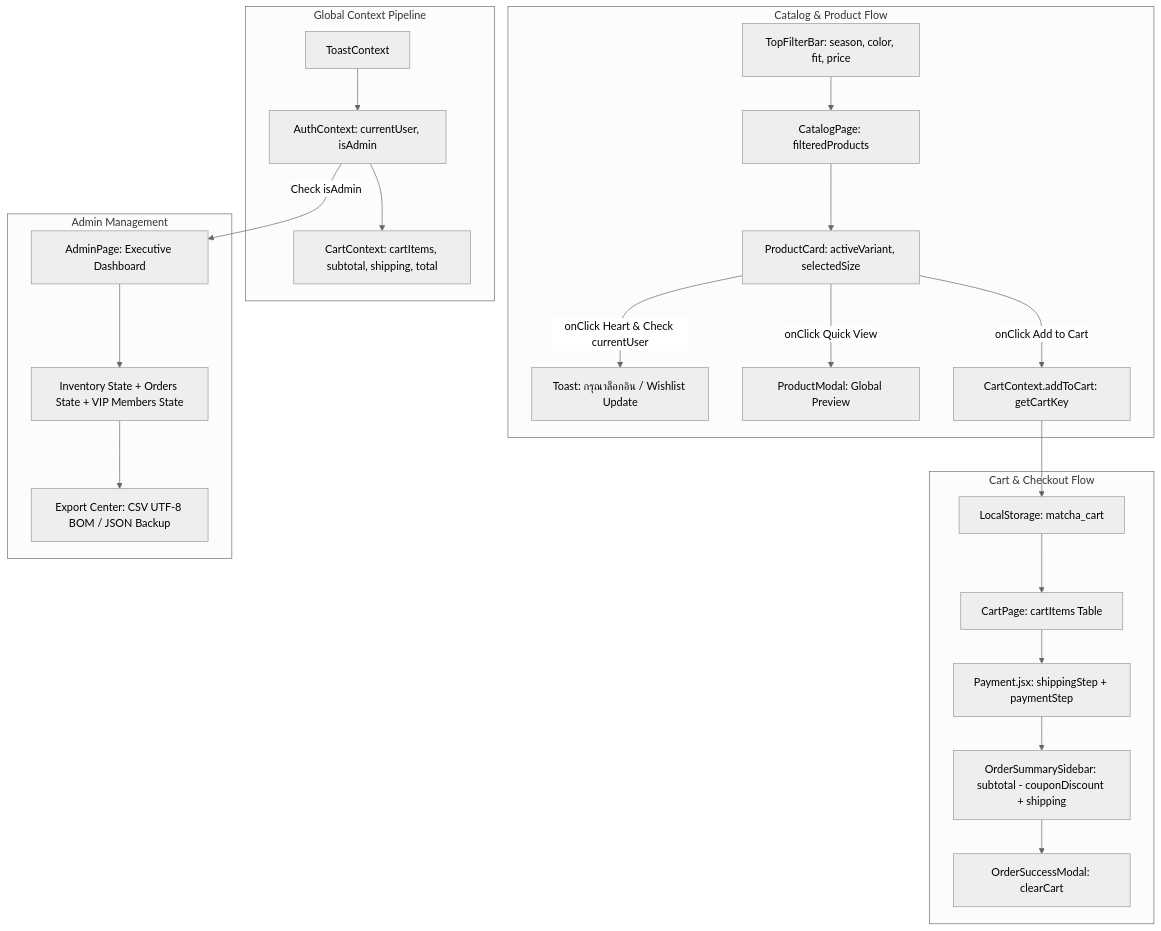
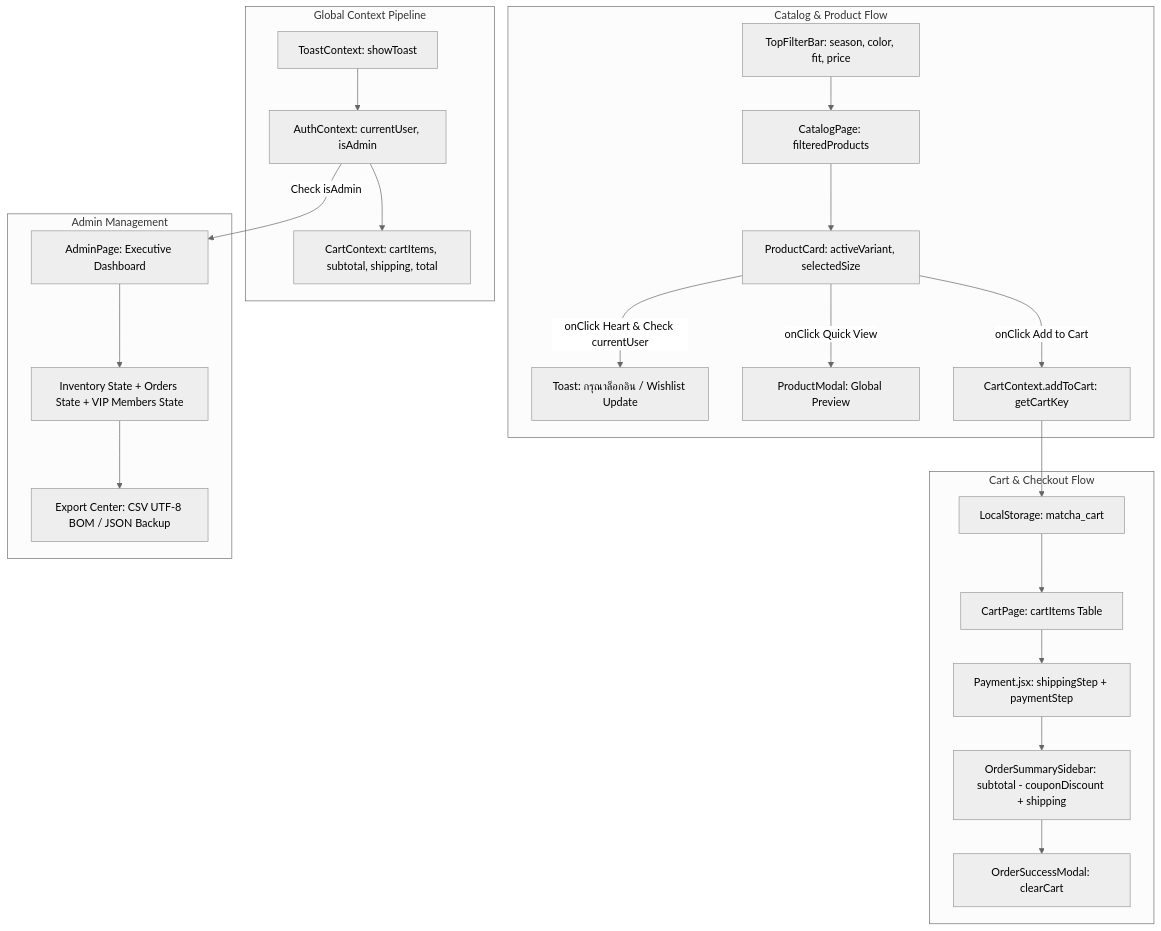
Before and after one commit to Jakkapon-Dev/MATCHA: the diagram in Alldata.md, drawn with Mermaid (neutral theme). The commit also changed other lines of this file, not shown here.

````diff
--- a/Alldata.md
+++ b/Alldata.md
@@ -27,29 +27,29 @@
 ```mermaid
 graph TD
     subgraph Global Context Pipeline
-        A[ToastContext] --> B[AuthContext: currentUser, isAdmin]
+        A[ToastContext: showToast] --> B[AuthContext: currentUser, isAdmin]
         B --> C[CartContext: cartItems, subtotal, shipping, total]
     end
 
     subgraph Catalog & Product Flow
         D[TopFilterBar: season, color, fit, price] --> E[CatalogPage: filteredProducts]
         E --> F[ProductCard: activeVariant, selectedSize]
         F -->|onClick Heart & Check currentUser| G[Toast: กรุณาล็อกอิน / Wishlist Update]
         F -->|onClick Quick View| H[ProductModal: Global Preview]
         F -->|onClick Add to Cart| I[CartContext.addToCart: getCartKey]
     end
 
     subgraph Cart & Checkout Flow
         I --> J[LocalStorage: matcha_cart]
         J --> K[CartPage: cartItems Table]
         K --> L[Payment.jsx: shippingStep + paymentStep]
         L --> M[OrderSummarySidebar: subtotal - couponDiscount + shipping]
         M --> N[OrderSuccessModal: clearCart]
     end
 
     subgraph Admin Management
         B -->|Check isAdmin| O[AdminPage: Executive Dashboard]
         O --> P[Inventory State + Orders State + VIP Members State]
         P --> Q[Export Center: CSV UTF-8 BOM / JSON Backup]
     end
 ```
````
